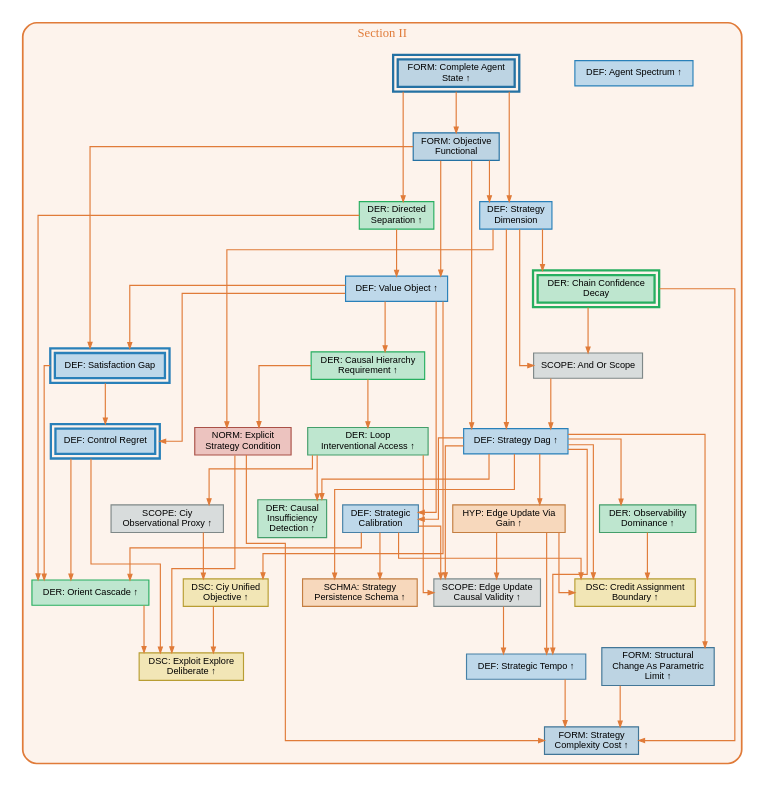
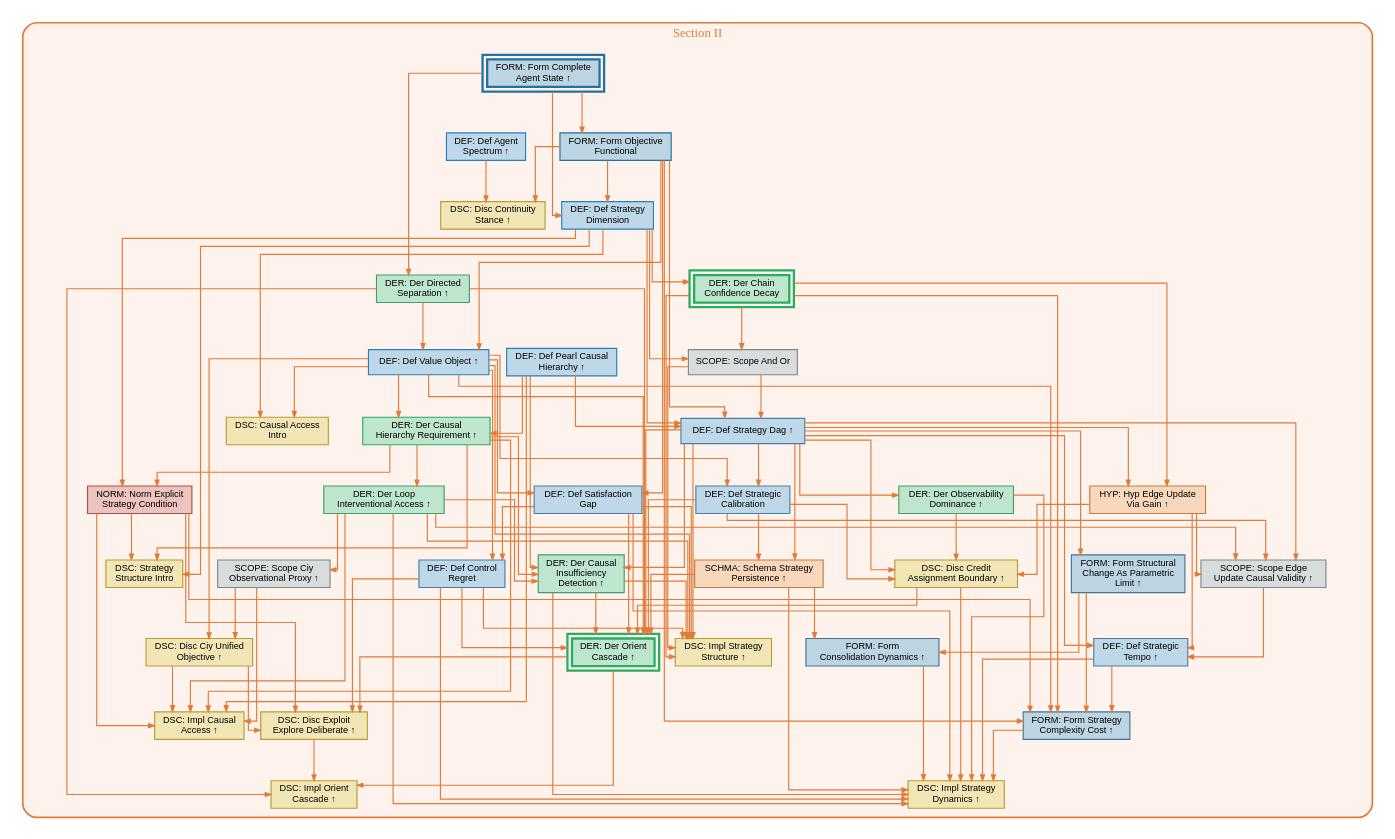
Before and after one commit to v2-io/agentic-systems: the diagram in 01-aat-core/src/img/dep-graph-section-II.dot, drawn with Graphviz. The commit also changed 13 other files, not shown here.

First line of the commit message:
Rename AAD→AAT: sweep mono/ pipeline source + regenerate dep-graphs (Stage 10a — stage-coverage gaps)

```diff
--- a/01-aat-core/src/img/dep-graph-section-II.dot
+++ b/01-aat-core/src/img/dep-graph-section-II.dot
@@ -1,4 +1,4 @@
-digraph AAD_Dependencies {
+digraph AAT_Dependencies {
   rankdir=TB;
   compound=true;
   concentrate=true;
@@ -17,89 +17,146 @@
     style=rounded;
     penwidth=1.5;
 
-    "agent-spectrum" [style=filled fillcolor="#bed8ea" color="#2980b9" penwidth=1.0 label="DEF: Agent Spectrum ↑"];
-    "complete-agent-state" [style=filled fillcolor="#bdd4e3" color="#2471a3" penwidth=2.0 peripheries=2 label="FORM: Complete Agent\nState ↑"];
-    "directed-separation" [style=filled fillcolor="#bee6cf" color="#27ae60" penwidth=1.0 label="DER: Directed\nSeparation ↑"];
-    "objective-functional" [style=filled fillcolor="#bdd4e3" color="#2471a3" penwidth=1.0 label="FORM: Objective\nFunctional"];
-    "value-object" [style=filled fillcolor="#bed8ea" color="#2980b9" penwidth=1.0 label="DEF: Value Object ↑"];
-    "strategy-dimension" [style=filled fillcolor="#bed8ea" color="#2980b9" penwidth=1.0 label="DEF: Strategy\nDimension"];
-    "causal-hierarchy-requirement" [style=filled fillcolor="#bee6cf" color="#27ae60" penwidth=1.0 label="DER: Causal Hierarchy\nRequirement ↑"];
-    "loop-interventional-access" [style=filled fillcolor="#bee6cf" color="#449e6a" penwidth=1.0 label="DER: Loop\nInterventional Access ↑"];
-    "ciy-observational-proxy" [style=filled fillcolor="#d8dcdc" color="#7f8888" penwidth=1.0 label="SCOPE: Ciy\nObservational Proxy ↑"];
-    "ciy-unified-objective" [style=filled fillcolor="#f2e6b6" color="#b89d33" penwidth=1.0 label="DSC: Ciy Unified\nObjective ↑"];
-    "explicit-strategy-condition" [style=filled fillcolor="#ecc3bf" color="#aa5047" penwidth=1.0 label="NORM: Explicit\nStrategy Condition"];
-    "chain-confidence-decay" [style=filled fillcolor="#bee6cf" color="#27ae60" penwidth=2.0 peripheries=2 label="DER: Chain Confidence\nDecay"];
-    "and-or-scope" [style=filled fillcolor="#d8dcdc" color="#7f8888" penwidth=1.0 label="SCOPE: And Or Scope"];
-    "strategy-dag" [style=filled fillcolor="#bed8ea" color="#2980b9" penwidth=1.0 label="DEF: Strategy Dag ↑"];
-    "satisfaction-gap" [style=filled fillcolor="#bed8ea" color="#2980b9" penwidth=2.0 peripheries=2 label="DEF: Satisfaction Gap"];
-    "control-regret" [style=filled fillcolor="#bed8ea" color="#2980b9" penwidth=2.0 peripheries=2 label="DEF: Control Regret"];
-    "strategic-calibration" [style=filled fillcolor="#bed8ea" color="#4680a6" penwidth=1.0 label="DEF: Strategic\nCalibration"];
-    "orient-cascade" [style=filled fillcolor="#bee6cf" color="#27ae60" penwidth=1.0 label="DER: Orient Cascade ↑"];
-    "observability-dominance" [style=filled fillcolor="#bee6cf" color="#449e6a" penwidth=1.0 label="DER: Observability\nDominance ↑"];
-    "edge-update-via-gain" [style=filled fillcolor="#f7d8bc" color="#c47e41" penwidth=1.0 label="HYP: Edge Update Via\nGain ↑"];
-    "edge-update-causal-validity" [style=filled fillcolor="#d8dcdc" color="#7f8c8d" penwidth=1.0 label="SCOPE: Edge Update\nCausal Validity ↑"];
-    "credit-assignment-boundary" [style=filled fillcolor="#f2e6b6" color="#b89d33" penwidth=1.0 label="DSC: Credit Assignment\nBoundary ↑"];
-    "structural-change-as-parametric-limit" [style=filled fillcolor="#bdd4e3" color="#427697" penwidth=1.0 label="FORM: Structural\nChange As Parametric\nLimit ↑"];
-    "strategic-tempo" [style=filled fillcolor="#bed8ea" color="#4680a6" penwidth=1.0 label="DEF: Strategic Tempo ↑"];
-    "strategy-complexity-cost" [style=filled fillcolor="#bdd4e3" color="#427697" penwidth=1.0 label="FORM: Strategy\nComplexity Cost ↑"];
-    "strategy-persistence-schema" [style=filled fillcolor="#f7d8bc" color="#c47e41" penwidth=1.0 label="SCHMA: Strategy\nPersistence Schema ↑"];
-    "causal-insufficiency-detection" [style=filled fillcolor="#bee6cf" color="#449e6a" penwidth=1.0 label="DER: Causal\nInsufficiency\nDetection ↑"];
-    "exploit-explore-deliberate" [style=filled fillcolor="#f2e6b6" color="#b89d33" penwidth=1.0 label="DSC: Exploit Explore\nDeliberate ↑"];
+    "def-agent-spectrum" [style=filled fillcolor="#bed8ea" color="#2980b9" penwidth=1.0 label="DEF: Def Agent\nSpectrum ↑"];
+    "form-complete-agent-state" [style=filled fillcolor="#bdd4e3" color="#2471a3" penwidth=2.0 peripheries=2 label="FORM: Form Complete\nAgent State ↑"];
+    "der-directed-separation" [style=filled fillcolor="#bee6cf" color="#449e6a" penwidth=1.0 label="DER: Der Directed\nSeparation ↑"];
+    "form-objective-functional" [style=filled fillcolor="#bdd4e3" color="#2471a3" penwidth=1.0 label="FORM: Form Objective\nFunctional"];
+    "disc-continuity-stance" [style=filled fillcolor="#f2e6b6" color="#b89d33" penwidth=1.0 label="DSC: Disc Continuity\nStance ↑"];
+    "def-value-object" [style=filled fillcolor="#bed8ea" color="#2980b9" penwidth=1.0 label="DEF: Def Value Object ↑"];
+    "def-strategy-dimension" [style=filled fillcolor="#bed8ea" color="#2980b9" penwidth=1.0 label="DEF: Def Strategy\nDimension"];
+    "causal-access-intro" [style=filled fillcolor="#f2e6b6" color="#b89d33" penwidth=1.0 label="DSC: Causal Access\nIntro"];
+    "def-pearl-causal-hierarchy" [style=filled fillcolor="#bed8ea" color="#2980b9" penwidth=1.0 label="DEF: Def Pearl Causal\nHierarchy ↑"];
+    "der-causal-hierarchy-requirement" [style=filled fillcolor="#bee6cf" color="#27ae60" penwidth=1.0 label="DER: Der Causal\nHierarchy Requirement ↑"];
+    "der-loop-interventional-access" [style=filled fillcolor="#bee6cf" color="#449e6a" penwidth=1.0 label="DER: Der Loop\nInterventional Access ↑"];
+    "scope-ciy-observational-proxy" [style=filled fillcolor="#d8dcdc" color="#7f8888" penwidth=1.0 label="SCOPE: Scope Ciy\nObservational Proxy ↑"];
+    "disc-ciy-unified-objective" [style=filled fillcolor="#f2e6b6" color="#b89d33" penwidth=1.0 label="DSC: Disc Ciy Unified\nObjective ↑"];
+    "norm-explicit-strategy-condition" [style=filled fillcolor="#ecc3bf" color="#aa5047" penwidth=1.0 label="NORM: Norm Explicit\nStrategy Condition"];
+    "impl-causal-access" [style=filled fillcolor="#f2e6b6" color="#b89d33" penwidth=1.0 label="DSC: Impl Causal\nAccess ↑"];
+    "strategy-structure-intro" [style=filled fillcolor="#f2e6b6" color="#b89d33" penwidth=1.0 label="DSC: Strategy\nStructure Intro"];
+    "der-chain-confidence-decay" [style=filled fillcolor="#bee6cf" color="#27ae60" penwidth=2.0 peripheries=2 label="DER: Der Chain\nConfidence Decay"];
+    "scope-and-or" [style=filled fillcolor="#d8dcdc" color="#7f8888" penwidth=1.0 label="SCOPE: Scope And Or"];
+    "def-strategy-dag" [style=filled fillcolor="#bed8ea" color="#4680a6" penwidth=1.0 label="DEF: Def Strategy Dag ↑"];
+    "def-satisfaction-gap" [style=filled fillcolor="#bed8ea" color="#4680a6" penwidth=1.0 label="DEF: Def Satisfaction\nGap"];
+    "def-control-regret" [style=filled fillcolor="#bed8ea" color="#4680a6" penwidth=1.0 label="DEF: Def Control\nRegret"];
+    "impl-strategy-structure" [style=filled fillcolor="#f2e6b6" color="#b89d33" penwidth=1.0 label="DSC: Impl Strategy\nStructure ↑"];
+    "def-strategic-calibration" [style=filled fillcolor="#bed8ea" color="#4680a6" penwidth=1.0 label="DEF: Def Strategic\nCalibration"];
+    "der-causal-insufficiency-detection" [style=filled fillcolor="#bee6cf" color="#449e6a" penwidth=1.0 label="DER: Der Causal\nInsufficiency\nDetection ↑"];
+    "der-observability-dominance" [style=filled fillcolor="#bee6cf" color="#449e6a" penwidth=1.0 label="DER: Der Observability\nDominance ↑"];
+    "hyp-edge-update-via-gain" [style=filled fillcolor="#f7d8bc" color="#c47e41" penwidth=1.0 label="HYP: Hyp Edge Update\nVia Gain ↑"];
+    "scope-edge-update-causal-validity" [style=filled fillcolor="#d8dcdc" color="#7f8c8d" penwidth=1.0 label="SCOPE: Scope Edge\nUpdate Causal Validity ↑"];
+    "disc-credit-assignment-boundary" [style=filled fillcolor="#f2e6b6" color="#b89d33" penwidth=1.0 label="DSC: Disc Credit\nAssignment Boundary ↑"];
+    "form-structural-change-as-parametric-limit" [style=filled fillcolor="#bdd4e3" color="#427697" penwidth=1.0 label="FORM: Form Structural\nChange As Parametric\nLimit ↑"];
+    "def-strategic-tempo" [style=filled fillcolor="#bed8ea" color="#4680a6" penwidth=1.0 label="DEF: Def Strategic\nTempo ↑"];
+    "form-strategy-complexity-cost" [style=filled fillcolor="#bdd4e3" color="#427697" penwidth=1.0 label="FORM: Form Strategy\nComplexity Cost ↑"];
+    "schema-strategy-persistence" [style=filled fillcolor="#f7d8bc" color="#c47e41" penwidth=1.0 label="SCHMA: Schema Strategy\nPersistence ↑"];
+    "form-consolidation-dynamics" [style=filled fillcolor="#bdd4e3" color="#427697" penwidth=1.0 label="FORM: Form\nConsolidation Dynamics ↑"];
+    "impl-strategy-dynamics" [style=filled fillcolor="#f2e6b6" color="#b89d33" penwidth=1.0 label="DSC: Impl Strategy\nDynamics ↑"];
+    "der-orient-cascade" [style=filled fillcolor="#bee6cf" color="#27ae60" penwidth=2.0 peripheries=2 label="DER: Der Orient\nCascade ↑"];
+    "disc-exploit-explore-deliberate" [style=filled fillcolor="#f2e6b6" color="#b89d33" penwidth=1.0 label="DSC: Disc Exploit\nExplore Deliberate ↑"];
+    "impl-orient-cascade" [style=filled fillcolor="#f2e6b6" color="#b89d33" penwidth=1.0 label="DSC: Impl Orient\nCascade ↑"];
   }
 
-  "complete-agent-state" -> "objective-functional" [color="#e07b39"];
-  "directed-separation" -> "orient-cascade" [color="#e07b39"];
-  "satisfaction-gap" -> "orient-cascade" [color="#e07b39"];
-  "control-regret" -> "orient-cascade" [color="#e07b39"];
-  "strategic-calibration" -> "orient-cascade" [color="#e07b39"];
-  "strategy-dimension" -> "chain-confidence-decay" [color="#e07b39"];
-  "edge-update-via-gain" -> "strategic-tempo" [color="#e07b39"];
-  "strategy-dag" -> "strategic-tempo" [color="#e07b39"];
-  "edge-update-causal-validity" -> "strategic-tempo" [color="#e07b39"];
-  "causal-hierarchy-requirement" -> "loop-interventional-access" [color="#e07b39"];
-  "strategy-dag" -> "observability-dominance" [color="#e07b39"];
-  "strategy-dag" -> "causal-insufficiency-detection" [color="#e07b39"];
-  "loop-interventional-access" -> "causal-insufficiency-detection" [color="#e07b39"];
-  "strategy-dimension" -> "and-or-scope" [color="#e07b39"];
-  "chain-confidence-decay" -> "and-or-scope" [color="#e07b39"];
-  "strategic-tempo" -> "strategy-complexity-cost" [color="#e07b39"];
-  "explicit-strategy-condition" -> "strategy-complexity-cost" [color="#e07b39"];
-  "chain-confidence-decay" -> "strategy-complexity-cost" [color="#e07b39"];
-  "structural-change-as-parametric-limit" -> "strategy-complexity-cost" [color="#e07b39"];
-  "complete-agent-state" -> "strategy-dimension" [color="#e07b39"];
-  "objective-functional" -> "strategy-dimension" [color="#e07b39"];
-  "and-or-scope" -> "strategy-dag" [color="#e07b39"];
-  "objective-functional" -> "strategy-dag" [color="#e07b39"];
-  "strategy-dimension" -> "strategy-dag" [color="#e07b39"];
-  "strategic-calibration" -> "strategy-persistence-schema" [color="#e07b39"];
-  "strategy-dag" -> "strategy-persistence-schema" [color="#e07b39"];
-  "edge-update-via-gain" -> "edge-update-causal-validity" [color="#e07b39"];
-  "loop-interventional-access" -> "edge-update-causal-validity" [color="#e07b39"];
-  "strategic-calibration" -> "edge-update-causal-validity" [color="#e07b39"];
-  "strategy-dag" -> "edge-update-causal-validity" [color="#e07b39"];
-  "complete-agent-state" -> "directed-separation" [color="#e07b39"];
-  "strategy-dag" -> "structural-change-as-parametric-limit" [color="#e07b39"];
-  "strategy-dimension" -> "explicit-strategy-condition" [color="#e07b39"];
-  "causal-hierarchy-requirement" -> "explicit-strategy-condition" [color="#e07b39"];
-  "strategy-dag" -> "credit-assignment-boundary" [color="#e07b39"];
-  "edge-update-via-gain" -> "credit-assignment-boundary" [color="#e07b39"];
-  "strategic-calibration" -> "credit-assignment-boundary" [color="#e07b39"];
-  "observability-dominance" -> "credit-assignment-boundary" [color="#e07b39"];
-  "strategy-dag" -> "strategic-calibration" [color="#e07b39"];
-  "value-object" -> "strategic-calibration" [color="#e07b39"];
-  "strategy-dag" -> "edge-update-via-gain" [color="#e07b39"];
-  "objective-functional" -> "value-object" [color="#e07b39"];
-  "directed-separation" -> "value-object" [color="#e07b39"];
-  "ciy-unified-objective" -> "exploit-explore-deliberate" [color="#e07b39"];
-  "explicit-strategy-condition" -> "exploit-explore-deliberate" [color="#e07b39"];
-  "orient-cascade" -> "exploit-explore-deliberate" [color="#e07b39"];
-  "control-regret" -> "exploit-explore-deliberate" [color="#e07b39"];
-  "value-object" -> "control-regret" [color="#e07b39"];
-  "satisfaction-gap" -> "control-regret" [color="#e07b39"];
-  "loop-interventional-access" -> "ciy-observational-proxy" [color="#e07b39"];
-  "ciy-observational-proxy" -> "ciy-unified-objective" [color="#e07b39"];
-  "value-object" -> "ciy-unified-objective" [color="#e07b39"];
-  "value-object" -> "causal-hierarchy-requirement" [color="#e07b39"];
-  "value-object" -> "satisfaction-gap" [color="#e07b39"];
-  "objective-functional" -> "satisfaction-gap" [color="#e07b39"];
+  "def-agent-spectrum" -> "disc-continuity-stance" [color="#e07b39"];
+  "form-objective-functional" -> "disc-continuity-stance" [color="#e07b39"];
+  "def-strategy-dag" -> "def-strategic-calibration" [color="#e07b39"];
+  "def-value-object" -> "def-strategic-calibration" [color="#e07b39"];
+  "def-value-object" -> "def-control-regret" [color="#e07b39"];
+  "def-satisfaction-gap" -> "def-control-regret" [color="#e07b39"];
+  "der-loop-interventional-access" -> "impl-causal-access" [color="#e07b39"];
+  "der-causal-hierarchy-requirement" -> "impl-causal-access" [color="#e07b39"];
+  "def-pearl-causal-hierarchy" -> "impl-causal-access" [color="#e07b39"];
+  "scope-ciy-observational-proxy" -> "impl-causal-access" [color="#e07b39"];
+  "disc-ciy-unified-objective" -> "impl-causal-access" [color="#e07b39"];
+  "norm-explicit-strategy-condition" -> "impl-causal-access" [color="#e07b39"];
+  "form-complete-agent-state" -> "der-directed-separation" [color="#e07b39"];
+  "def-strategy-dag" -> "disc-credit-assignment-boundary" [color="#e07b39"];
+  "hyp-edge-update-via-gain" -> "disc-credit-assignment-boundary" [color="#e07b39"];
+  "def-strategic-calibration" -> "disc-credit-assignment-boundary" [color="#e07b39"];
+  "der-observability-dominance" -> "disc-credit-assignment-boundary" [color="#e07b39"];
+  "def-strategy-dimension" -> "scope-and-or" [color="#e07b39"];
+  "der-chain-confidence-decay" -> "scope-and-or" [color="#e07b39"];
+  "def-strategy-dimension" -> "der-chain-confidence-decay" [color="#e07b39"];
+  "def-value-object" -> "def-satisfaction-gap" [color="#e07b39"];
+  "form-objective-functional" -> "def-satisfaction-gap" [color="#e07b39"];
+  "hyp-edge-update-via-gain" -> "def-strategic-tempo" [color="#e07b39"];
+  "def-strategy-dag" -> "def-strategic-tempo" [color="#e07b39"];
+  "scope-edge-update-causal-validity" -> "def-strategic-tempo" [color="#e07b39"];
+  "def-strategic-calibration" -> "schema-strategy-persistence" [color="#e07b39"];
+  "def-strategy-dag" -> "schema-strategy-persistence" [color="#e07b39"];
+  "def-strategy-dag" -> "form-structural-change-as-parametric-limit" [color="#e07b39"];
+  "def-strategy-dag" -> "der-observability-dominance" [color="#e07b39"];
+  "der-orient-cascade" -> "impl-orient-cascade" [color="#e07b39"];
+  "disc-exploit-explore-deliberate" -> "impl-orient-cascade" [color="#e07b39"];
+  "der-directed-separation" -> "impl-orient-cascade" [color="#e07b39"];
+  "form-complete-agent-state" -> "form-objective-functional" [color="#e07b39"];
+  "der-causal-hierarchy-requirement" -> "der-loop-interventional-access" [color="#e07b39"];
+  "der-directed-separation" -> "der-orient-cascade" [color="#e07b39"];
+  "def-satisfaction-gap" -> "der-orient-cascade" [color="#e07b39"];
+  "def-control-regret" -> "der-orient-cascade" [color="#e07b39"];
+  "def-strategic-calibration" -> "der-orient-cascade" [color="#e07b39"];
+  "def-strategy-dag" -> "der-orient-cascade" [color="#e07b39"];
+  "schema-strategy-persistence" -> "der-orient-cascade" [color="#e07b39"];
+  "disc-credit-assignment-boundary" -> "der-orient-cascade" [color="#e07b39"];
+  "der-causal-insufficiency-detection" -> "der-orient-cascade" [color="#e07b39"];
+  "def-value-object" -> "der-orient-cascade" [color="#e07b39"];
+  "def-value-object" -> "causal-access-intro" [color="#e07b39"];
+  "def-strategy-dimension" -> "causal-access-intro" [color="#e07b39"];
+  "scope-ciy-observational-proxy" -> "disc-ciy-unified-objective" [color="#e07b39"];
+  "def-value-object" -> "disc-ciy-unified-objective" [color="#e07b39"];
+  "form-objective-functional" -> "def-value-object" [color="#e07b39"];
+  "der-directed-separation" -> "def-value-object" [color="#e07b39"];
+  "def-strategic-tempo" -> "form-strategy-complexity-cost" [color="#e07b39"];
+  "norm-explicit-strategy-condition" -> "form-strategy-complexity-cost" [color="#e07b39"];
+  "der-chain-confidence-decay" -> "form-strategy-complexity-cost" [color="#e07b39"];
+  "form-structural-change-as-parametric-limit" -> "form-strategy-complexity-cost" [color="#e07b39"];
+  "def-value-object" -> "form-strategy-complexity-cost" [color="#e07b39"];
+  "form-objective-functional" -> "form-strategy-complexity-cost" [color="#e07b39"];
+  "schema-strategy-persistence" -> "form-consolidation-dynamics" [color="#e07b39"];
+  "form-structural-change-as-parametric-limit" -> "form-consolidation-dynamics" [color="#e07b39"];
+  "def-strategy-dag" -> "der-causal-insufficiency-detection" [color="#e07b39"];
+  "der-loop-interventional-access" -> "der-causal-insufficiency-detection" [color="#e07b39"];
+  "der-causal-hierarchy-requirement" -> "der-causal-insufficiency-detection" [color="#e07b39"];
+  "def-pearl-causal-hierarchy" -> "der-causal-insufficiency-detection" [color="#e07b39"];
+  "def-strategy-dag" -> "impl-strategy-structure" [color="#e07b39"];
+  "def-satisfaction-gap" -> "impl-strategy-structure" [color="#e07b39"];
+  "def-control-regret" -> "impl-strategy-structure" [color="#e07b39"];
+  "der-chain-confidence-decay" -> "impl-strategy-structure" [color="#e07b39"];
+  "scope-and-or" -> "impl-strategy-structure" [color="#e07b39"];
+  "def-value-object" -> "impl-strategy-structure" [color="#e07b39"];
+  "der-loop-interventional-access" -> "impl-strategy-structure" [color="#e07b39"];
+  "der-causal-insufficiency-detection" -> "impl-strategy-structure" [color="#e07b39"];
+  "def-strategy-dimension" -> "strategy-structure-intro" [color="#e07b39"];
+  "norm-explicit-strategy-condition" -> "strategy-structure-intro" [color="#e07b39"];
+  "der-causal-hierarchy-requirement" -> "strategy-structure-intro" [color="#e07b39"];
+  "def-strategy-dimension" -> "norm-explicit-strategy-condition" [color="#e07b39"];
+  "der-causal-hierarchy-requirement" -> "norm-explicit-strategy-condition" [color="#e07b39"];
+  "disc-ciy-unified-objective" -> "disc-exploit-explore-deliberate" [color="#e07b39"];
+  "norm-explicit-strategy-condition" -> "disc-exploit-explore-deliberate" [color="#e07b39"];
+  "der-orient-cascade" -> "disc-exploit-explore-deliberate" [color="#e07b39"];
+  "def-control-regret" -> "disc-exploit-explore-deliberate" [color="#e07b39"];
+  "def-strategy-dag" -> "hyp-edge-update-via-gain" [color="#e07b39"];
+  "der-chain-confidence-decay" -> "hyp-edge-update-via-gain" [color="#e07b39"];
+  "form-complete-agent-state" -> "def-strategy-dimension" [color="#e07b39"];
+  "form-objective-functional" -> "def-strategy-dimension" [color="#e07b39"];
+  "scope-and-or" -> "def-strategy-dag" [color="#e07b39"];
+  "def-pearl-causal-hierarchy" -> "def-strategy-dag" [color="#e07b39"];
+  "form-objective-functional" -> "def-strategy-dag" [color="#e07b39"];
+  "def-strategy-dimension" -> "def-strategy-dag" [color="#e07b39"];
+  "def-value-object" -> "der-causal-hierarchy-requirement" [color="#e07b39"];
+  "def-pearl-causal-hierarchy" -> "der-causal-hierarchy-requirement" [color="#e07b39"];
+  "hyp-edge-update-via-gain" -> "scope-edge-update-causal-validity" [color="#e07b39"];
+  "der-loop-interventional-access" -> "scope-edge-update-causal-validity" [color="#e07b39"];
+  "def-strategic-calibration" -> "scope-edge-update-causal-validity" [color="#e07b39"];
+  "def-strategy-dag" -> "scope-edge-update-causal-validity" [color="#e07b39"];
+  "der-loop-interventional-access" -> "scope-ciy-observational-proxy" [color="#e07b39"];
+  "schema-strategy-persistence" -> "impl-strategy-dynamics" [color="#e07b39"];
+  "form-consolidation-dynamics" -> "impl-strategy-dynamics" [color="#e07b39"];
+  "der-causal-insufficiency-detection" -> "impl-strategy-dynamics" [color="#e07b39"];
+  "der-observability-dominance" -> "impl-strategy-dynamics" [color="#e07b39"];
+  "def-strategic-tempo" -> "impl-strategy-dynamics" [color="#e07b39"];
+  "form-strategy-complexity-cost" -> "impl-strategy-dynamics" [color="#e07b39"];
+  "der-loop-interventional-access" -> "impl-strategy-dynamics" [color="#e07b39"];
+  "def-satisfaction-gap" -> "impl-strategy-dynamics" [color="#e07b39"];
+  "def-control-regret" -> "impl-strategy-dynamics" [color="#e07b39"];
+  "disc-credit-assignment-boundary" -> "impl-strategy-dynamics" [color="#e07b39"];
 }
```
